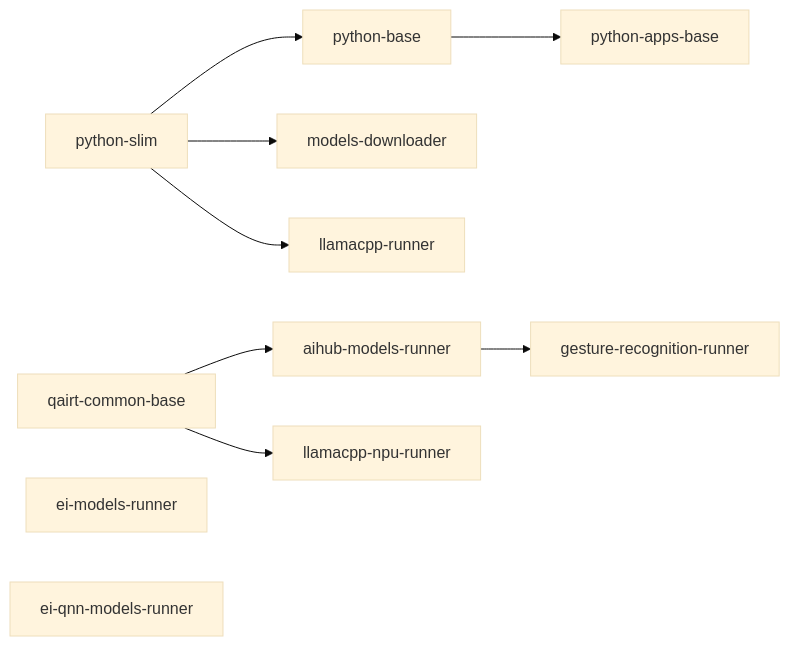
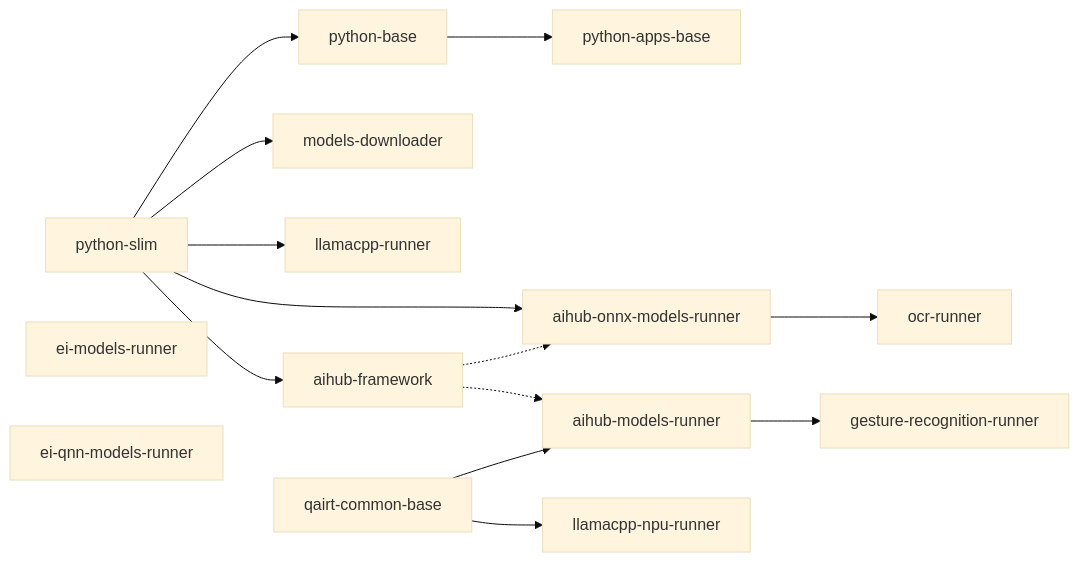
Before and after one commit to rjtokenring/app-bricks-py: the diagram in containers/README.md, drawn with Mermaid (base theme). The commit also changed other lines of this file and 84 other files, not shown here.

````diff
--- a/containers/README.md
+++ b/containers/README.md
@@ -39,10 +43,14 @@
 ```mermaid
 graph LR
   slim[python-slim] --> base[python-base] --> apps[python-apps-base]
   slim --> dl[models-downloader]
   slim --> lcpp[llamacpp-runner]
-  qairt[qairt-common-base] --> aihub[aihub-models-runner] --> gesture[gesture-recognition-runner]
+  slim --> fw[aihub-framework]
+  slim --> onnx[aihub-onnx-models-runner] --> ocr[ocr-runner]
+  fw -.-> onnx
+  fw -.-> aihub[aihub-models-runner]
+  qairt[qairt-common-base] --> aihub --> gesture[gesture-recognition-runner]
   qairt --> lcppnpu[llamacpp-npu-runner]
   ei[ei-models-runner]
   eiqnn[ei-qnn-models-runner]
 ```
````
